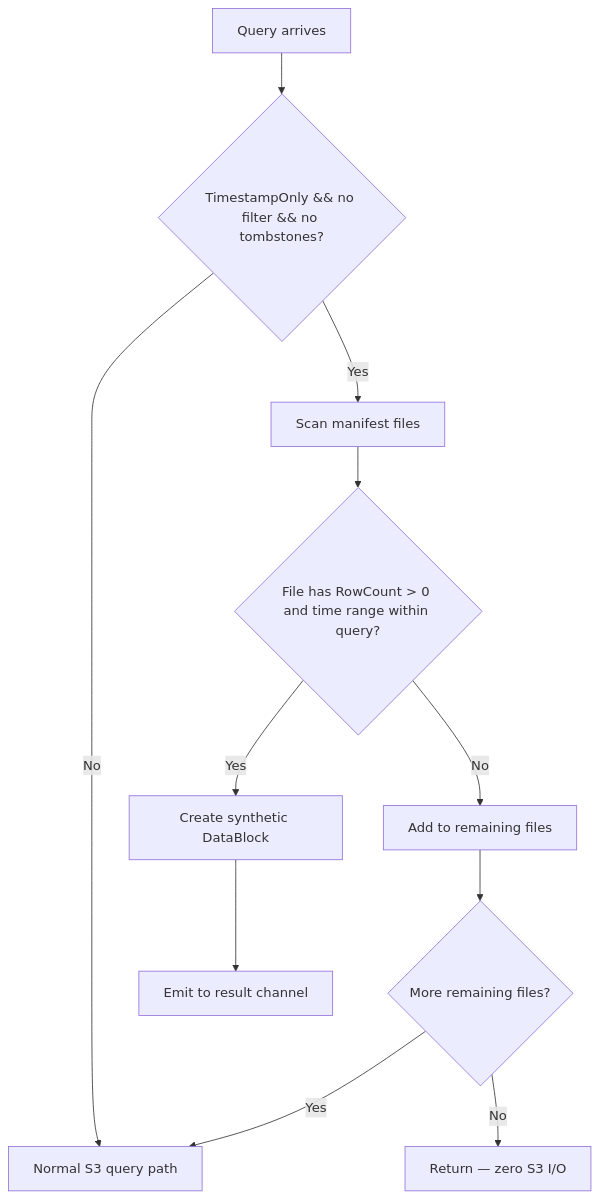
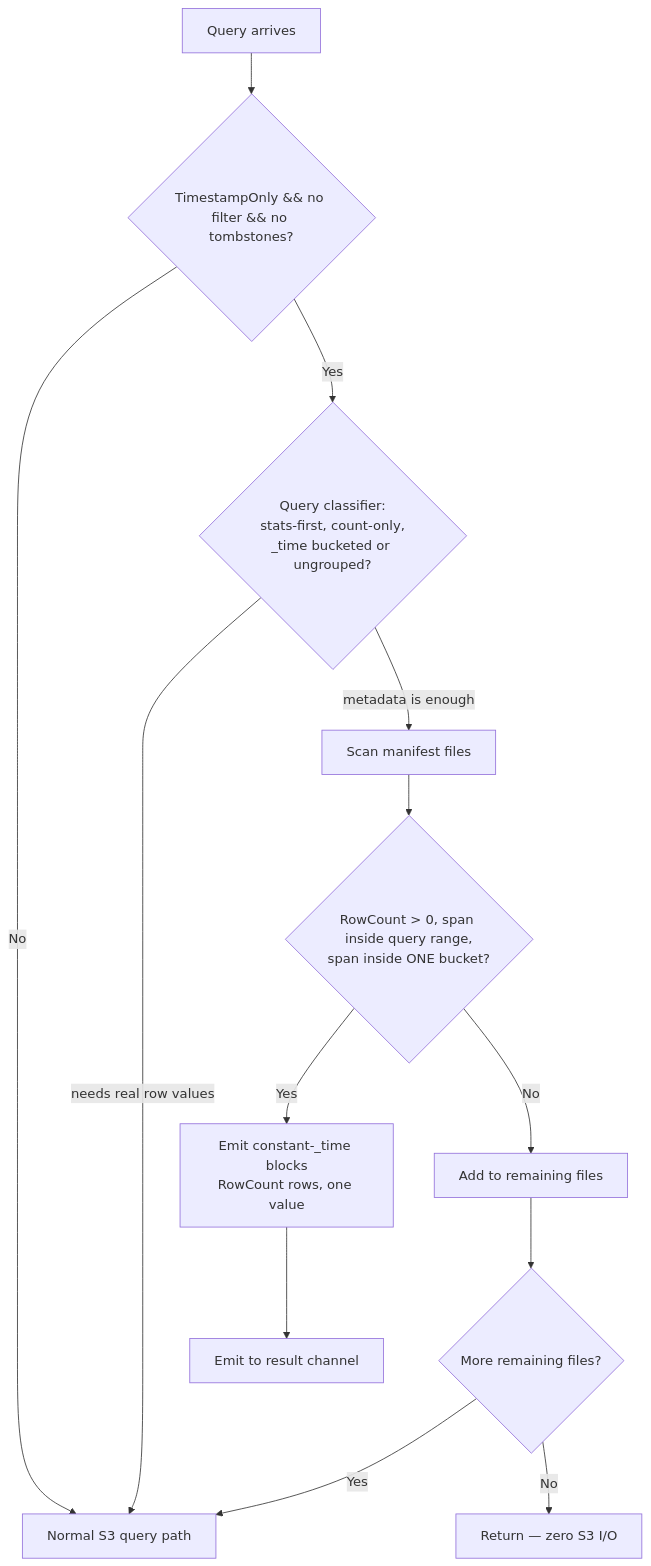
The second of 10 diagrams in docs/query-performance-optimization.md (ReliablyObserve/victoria-lakehouse), drawn with Mermaid before and after one commit. The commit also changed other lines of this file and 5 other files, not shown here.

````diff
--- a/docs/query-performance-optimization.md
+++ b/docs/query-performance-optimization.md
@@ -70,13 +87,15 @@
 ```mermaid
 flowchart TD
     Q[Query arrives] --> CHECK{TimestampOnly && no filter && no tombstones?}
     CHECK -->|No| NORMAL[Normal S3 query path]
-    CHECK -->|Yes| SCAN[Scan manifest files]
-    SCAN --> EACH{File has RowCount > 0 and time range within query?}
-    EACH -->|Yes| SYNTH[Create synthetic DataBlock]
+    CHECK -->|Yes| PLAN{Query classifier:<br/>stats-first, count-only,<br/>_time bucketed or ungrouped?}
+    PLAN -->|needs real row values| NORMAL
+    PLAN -->|metadata is enough| SCAN[Scan manifest files]
+    SCAN --> EACH{RowCount > 0, span inside query range,<br/>span inside ONE bucket?}
+    EACH -->|Yes| SYNTH[Emit constant-_time blocks<br/>RowCount rows, one value]
     EACH -->|No| REMAIN[Add to remaining files]
     SYNTH --> EMIT[Emit to result channel]
     REMAIN --> MORE{More remaining files?}
     MORE -->|Yes| NORMAL
     MORE -->|No| DONE[Return — zero S3 I/O]
 ```
````
